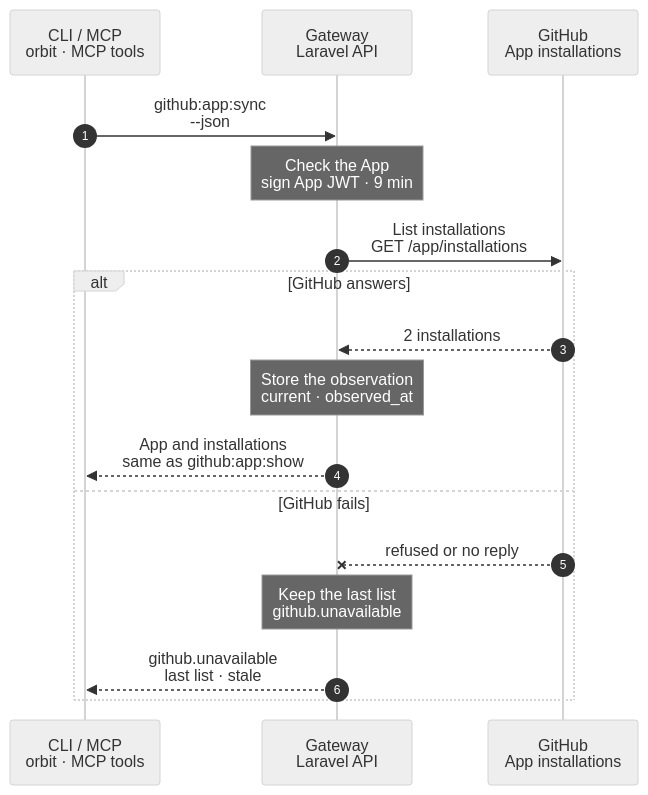
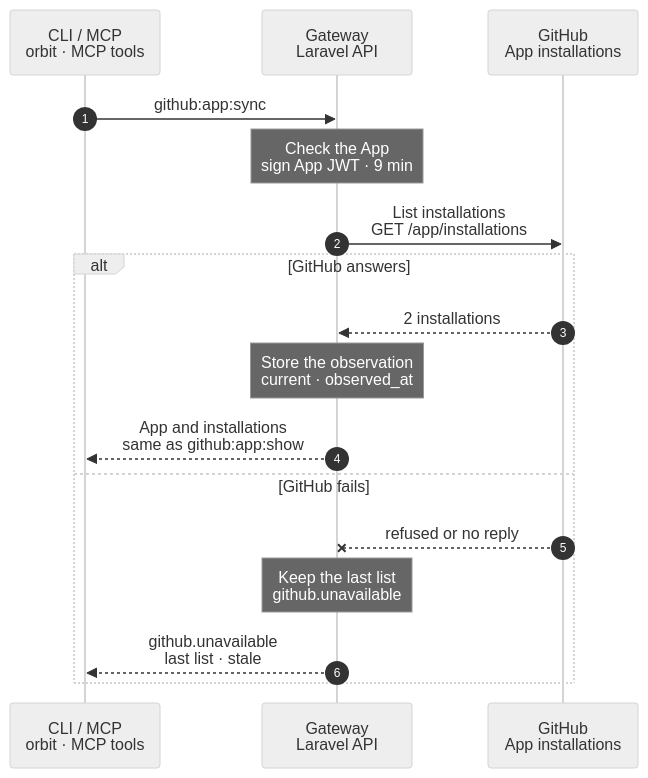
Before and after one commit to hardimpactdev/orbit: the diagram in docs/cli/github/app-sync.mmd, drawn with Mermaid (neutral theme). The commit also changed 7 other files, not shown here.

Commit message:
docs(env,firewall,doctor,github): draw required parameters on the main path (flow rule 23)

```diff
--- a/docs/cli/github/app-sync.mmd
+++ b/docs/cli/github/app-sync.mmd
@@ -1,58 +1,58 @@
 sequenceDiagram
   %% Target design: DECISIONS R1 (no Node, no run), root-of-trust-gateway-only (App JWT stays in the Gateway). docs/reference/github-app.md.
   %% status: draft
   %% command: github:app:sync
   %% kind: github.app_sync
   autonumber
   %% lane CLI icon=terminal pill=caller tone=gray
   %% lane GW icon=gateway pill=intent tone=blue
   %% lane GH icon=server pill=target tone=purple
   participant CLI as CLI / MCP<br/>orbit · MCP tools
   participant GW as Gateway<br/>Laravel API
   participant GH as GitHub<br/>App installations
-  CLI->>GW: github:app:sync<br/>--json
+  CLI->>GW: github:app:sync
   %%> Command:
   %%> - `orbit github:app:sync`
   %%> - syntax: `[--json]`
   %%> Input:
   %%> - nothing; it refreshes the Gateway's one App
   %%> When:
   %%> - after you install the App on an account or change its repositories
   %%> Not included:
   %%> - `--idempotency-key`: the refresh answers at once and is safe to repeat
   Note over GW: Check the App<br/>sign App JWT · 9 min
   %%> Requirements:
   %%> - your Node has an access grant to the Gateway
   %%> - the Gateway has a registered App, else `github.app_missing`
   %%> What it does:
   %%> - signs a short App JWT with the App key; the key and the JWT never leave the Gateway
   %%> Why no Swamp run:
   %%> - it touches no Node (R1), and App-level authority stays in the Gateway
   GW->>GH: List installations<br/>GET /app/installations
   %%> What it does:
   %%> - asks GitHub for every installation of the App, with the JWT
   %%> - answers within the request; no queue job, no task to follow
   alt GitHub answers
     GH-->>GW: 2 installations
     %%> Returns:
     %%> - per installation: the account, `user` or `organization`, `all` or `selected` repositories, and whether it is suspended
     Note over GW: Store the observation<br/>current · observed_at
     %%> Result:
     %%> - the installation list is stored with `installations_status: current` and the time
     %%> - an Activity entry records the refresh
     GW-->>CLI: App and installations<br/>same as github:app:show
     %%> What you get:
     %%> - the App and one row per installation, at once
   else GitHub fails
     GH--xGW: refused or no reply
     %%> When:
     %%> - GitHub cannot be reached, or refuses the JWT
     Note over GW: Keep the last list<br/>github.unavailable
     %%> Result:
     %%> - the last stored list stays, with its `observed_at`; it becomes `stale` after five minutes
     %%> Retry:
     %%> - run the same command again
     GW-->>CLI: github.unavailable<br/>last list · stale
     %%> What you get:
     %%> - the error and the last known list, at once
   end
```
